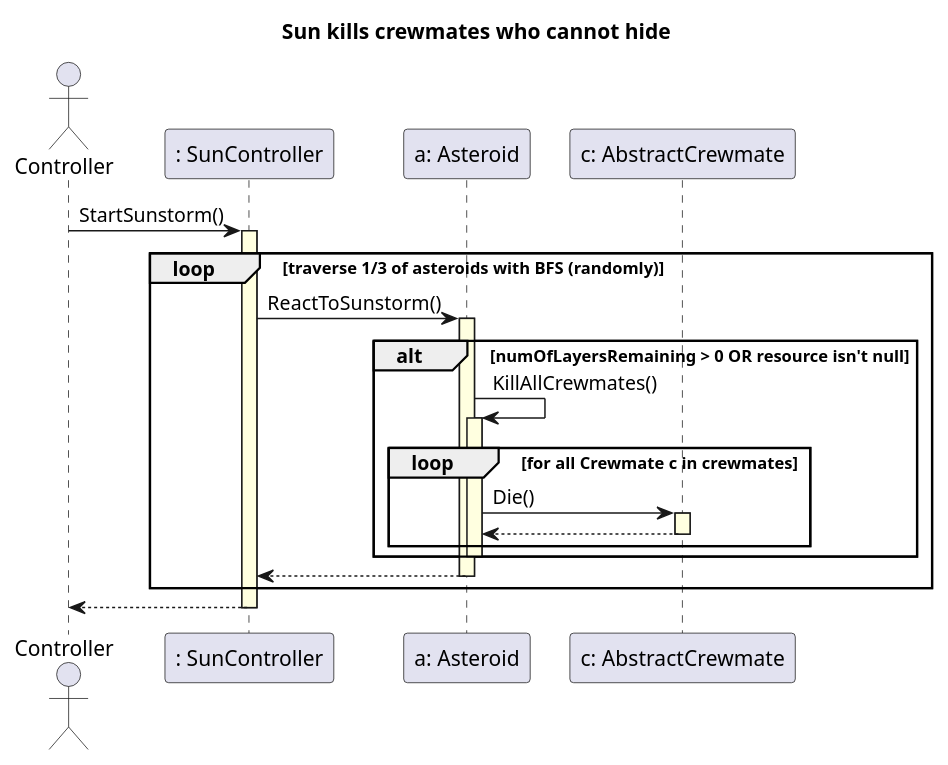
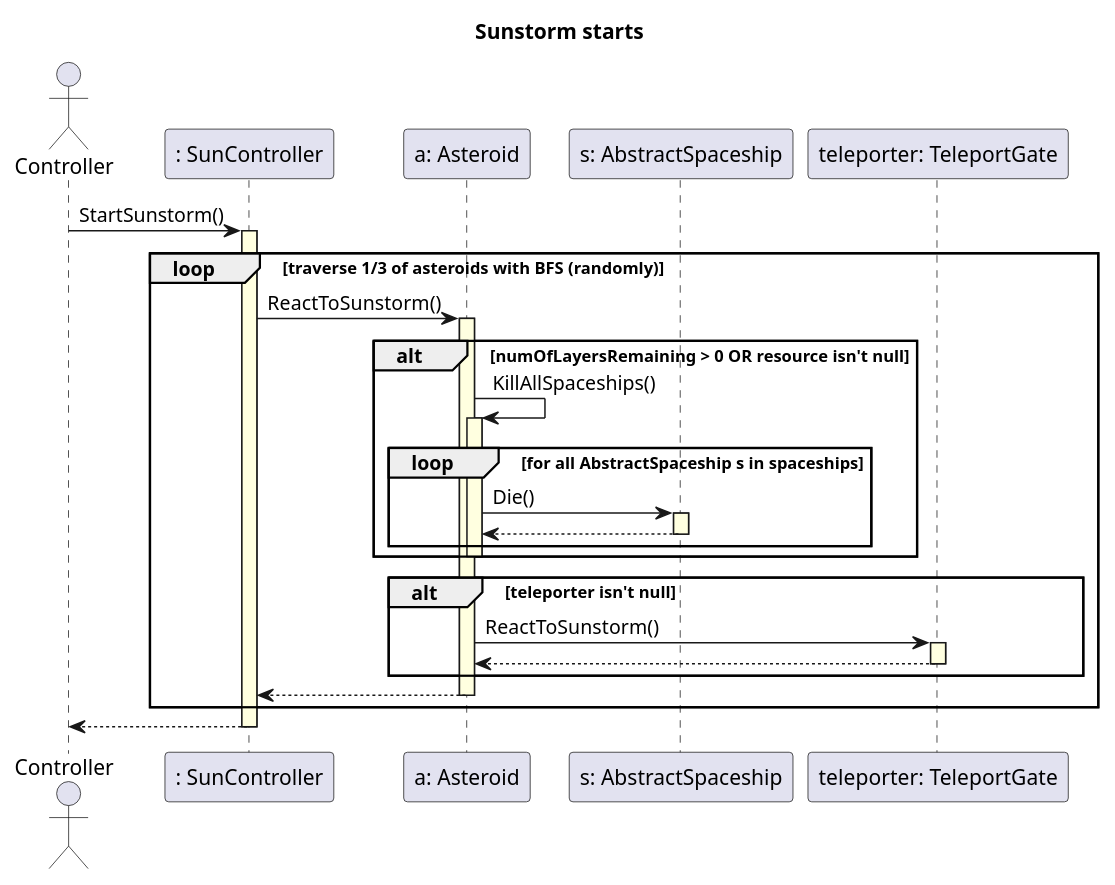
The diagram in uml/original_seq_diagrams/sunstorm.plantuml (bbucsy/projlab_holy_oil), drawn with PlantUML before and after one commit. The commit also changed 19 other files, not shown here.

```diff
--- a/uml/original_seq_diagrams/sunstorm.plantuml
+++ b/uml/original_seq_diagrams/sunstorm.plantuml
@@ -1,39 +1,47 @@
 @startuml
 skinparam SequenceLifeLineBackgroundColor LightYellow
 
-title "Sun kills crewmates who cannot hide"
+title "Sunstorm starts"
 
 actor Controller as C
 
 participant ": SunController" as sun
 participant "a: Asteroid" as a
-participant "c: AbstractCrewmate" as c
+participant "s: AbstractSpaceship" as c
+participant "teleporter: TeleportGate" as t
 
 C -> sun ++ : StartSunstorm()
 
     loop traverse 1/3 of asteroids with BFS (randomly)
 
         sun -> a ++ : ReactToSunstorm()
 
             alt numOfLayersRemaining > 0 OR resource isn't null
 
-                a -> a ++ : KillAllCrewmates()
+                a -> a ++ : KillAllSpaceships()
 
-                    loop for all Crewmate c in crewmates
+                    loop for all AbstractSpaceship s in spaceships
 
                         a -> c ++ : Die()
                         c --> a --
 
                     end
 
                 deactivate a
 
             end
 
+            alt teleporter isn't null
+
+                a -> t ++ : ReactToSunstorm()
+                t --> a --
+
+            end
+
         a --> sun --
 
     end
 
 sun --> C --
 
 @enduml
```
